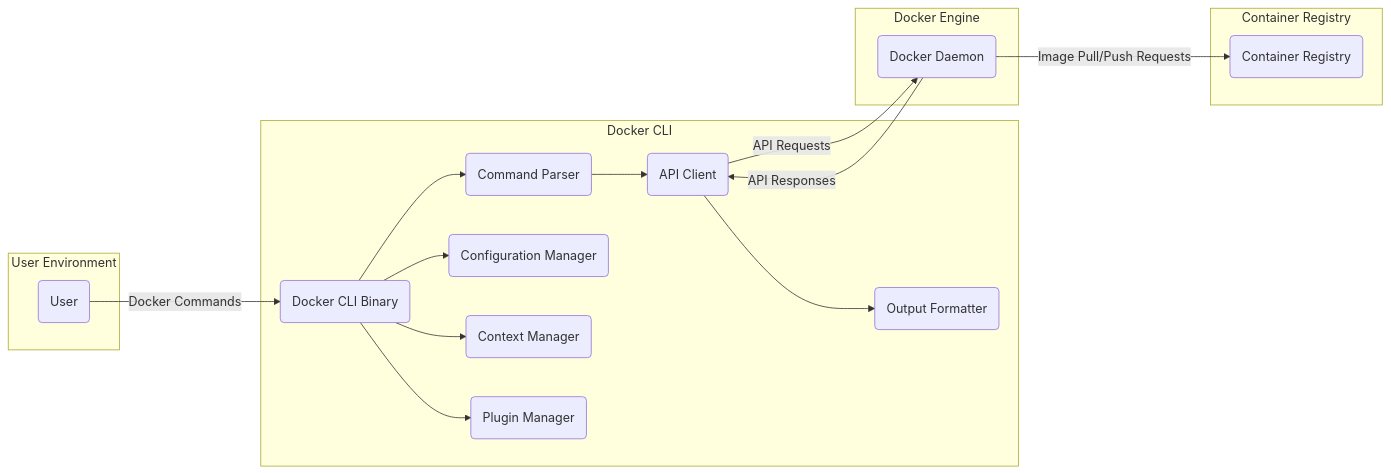
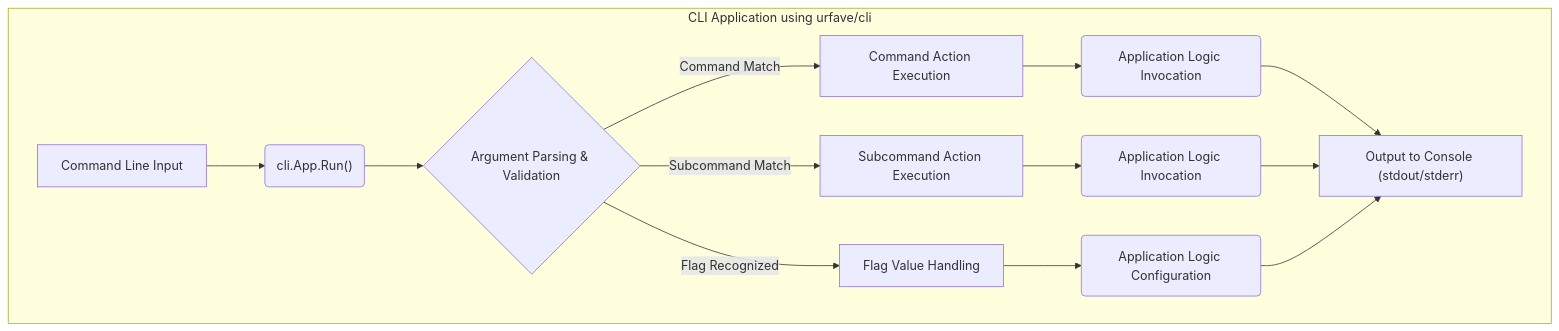
The first of 2 diagrams in go/cli/2024-12-28-gemini-2.0-flash-thinking-exp/sec-design.md (xvnpw/sec-docs), drawn with Mermaid before and after one commit. The commit also changed other lines of this file and 4 other files, not shown here.

````diff
--- a/go/cli/2024-12-28-gemini-2.0-flash-thinking-exp/sec-design.md
+++ b/go/cli/2024-12-28-gemini-2.0-flash-thinking-exp/sec-design.md
@@ -50,25 +35,17 @@
 ```mermaid
 graph LR
-    subgraph "User Environment"
-        A("User")
+    subgraph "CLI Application using urfave/cli"
+        direction LR
+        A["Command Line Input"] --> B("cli.App.Run()");
+        B --> C{"Argument Parsing & Validation"};
+        C -- "Command Match" --> D["Command Action Execution"];
+        C -- "Subcommand Match" --> E["Subcommand Action Execution"];
+        C -- "Flag Recognized" --> F["Flag Value Handling"];
+        D --> G("Application Logic Invocation");
+        E --> H("Application Logic Invocation");
+        F --> I("Application Logic Configuration");
+        G --> J["Output to Console (stdout/stderr)"];
+        H --> J;
+        I --> J;
     end
-    subgraph "Docker CLI"
-        B("Docker CLI Binary") --> C("Command Parser")
-        C --> D("API Client")
-        B --> E("Configuration Manager")
-        B --> F("Context Manager")
-        B --> G("Plugin Manager")
-        D --> H("Output Formatter")
-    end
-    subgraph "Docker Engine"
-        I("Docker Daemon")
-    end
-    subgraph "Container Registry"
-        J("Container Registry")
-    end
-
-    A -- "Docker Commands" --> B
-    D -- "API Requests" --> I
-    I -- "API Responses" --> D
-    I -- "Image Pull/Push Requests" --> J
 ```
````
